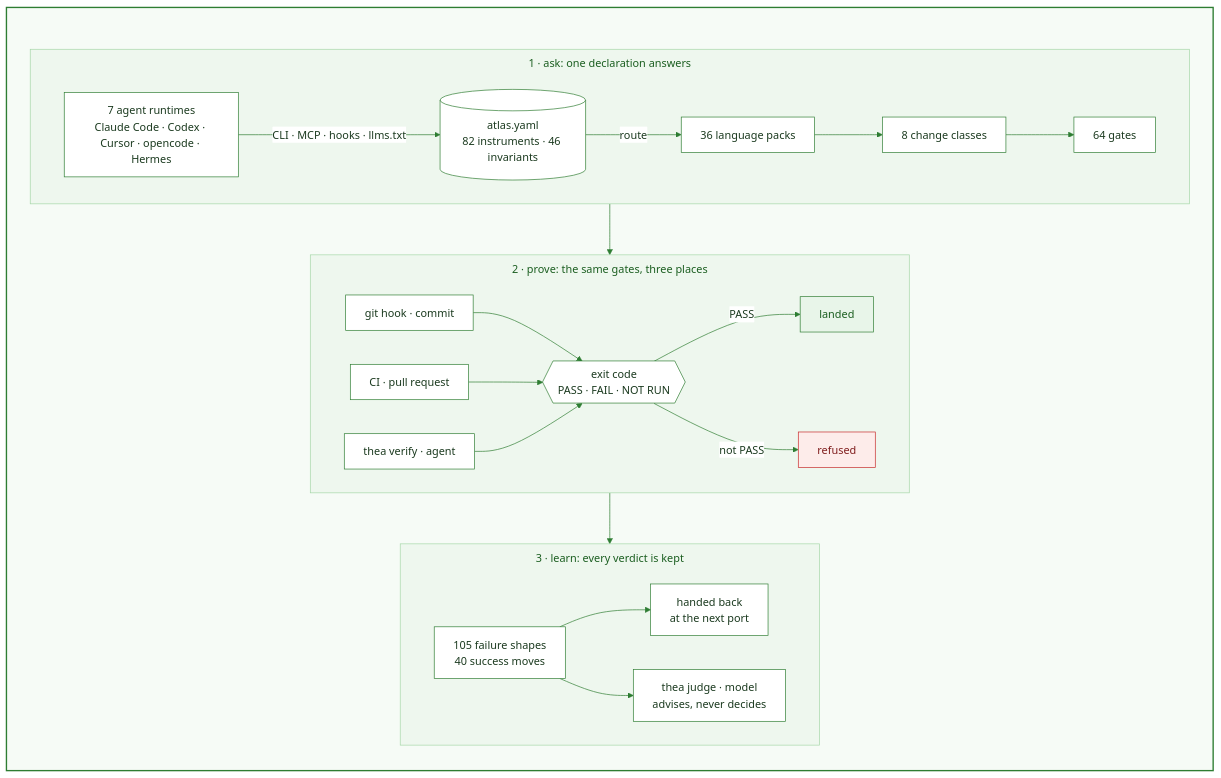
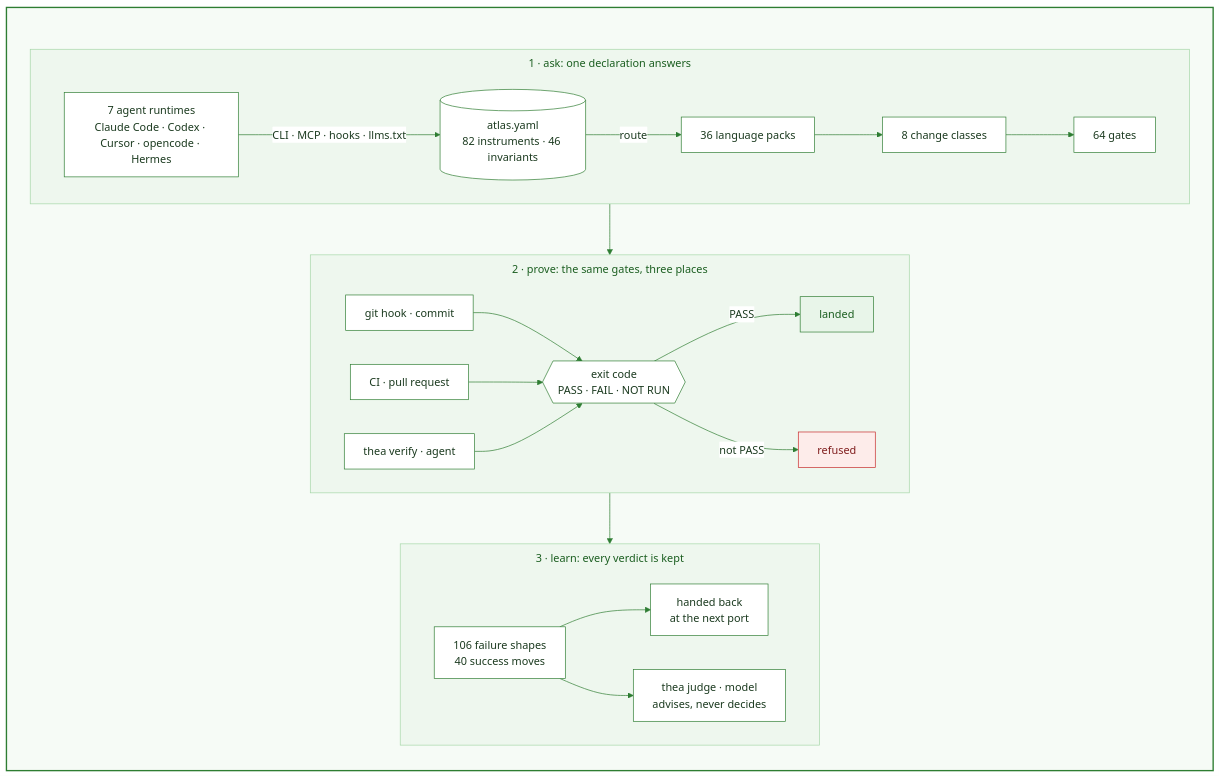
The diagram in README.md (HLIntel/thea-software), drawn with Mermaid before and after one commit. The commit also changed 4 other files, not shown here.

````diff
--- a/README.md
+++ b/README.md
@@ -39,45 +39,45 @@
 ```mermaid
 ---
 config:
   theme: base
   themeVariables:
     primaryColor: "#ffffff"
     primaryBorderColor: "#2e7d32"
     primaryTextColor: "#1b3a1f"
     lineColor: "#2e7d32"
     clusterBkg: "#eef7ee"
     clusterBorder: "#a5d6a7"
     titleColor: "#1b5e20"
   flowchart:
     subGraphTitleMargin: {top: 8, bottom: 16}
     padding: 14
 ---
 flowchart TB
   accTitle: How Thea proves a change
   accDescr: 7 runtimes ask, atlas.yaml routes to 1 of 36 packs and 64 gates, the same gates run at commit, in CI and in thea verify, anything but PASS is refused, verdicts feed the failure and success ledgers, a trained judge only advises
   subgraph thea [" "]
     direction TB
     subgraph ask [1 · ask: one declaration answers]
       direction LR
       A[7 agent runtimes<br>Claude Code · Codex · Cursor · opencode · Hermes] -->|CLI · MCP · hooks · llms.txt| D[(atlas.yaml<br>82 instruments · 46 invariants)]
       D -->|route| P[36 language packs] --> K[8 change classes] --> G[64 gates]
     end
     subgraph run [2 · prove: the same gates, three places]
       direction LR
       H[git hook · commit] & C[CI · pull request] & R[thea verify · agent] --> V{{exit code<br>PASS · FAIL · NOT RUN}}
       V -->|PASS| M[landed]
       V -->|not PASS| X[refused]
     end
     subgraph learn [3 · learn: every verdict is kept]
       direction LR
-      F[105 failure shapes<br>40 success moves] --> N[handed back<br>at the next port]
+      F[106 failure shapes<br>40 success moves] --> N[handed back<br>at the next port]
       F --> J[thea judge · model<br>advises, never decides]
     end
     ask --> run --> learn
   end
   style thea fill:#f6fbf6,stroke:#2e7d32,stroke-width:2px
   classDef stop fill:#fdecea,stroke:#c62828,color:#7f1d1d
   classDef go fill:#e8f5e9,stroke:#2e7d32,color:#1b5e20
   class X stop
   class M go
 ```
````
